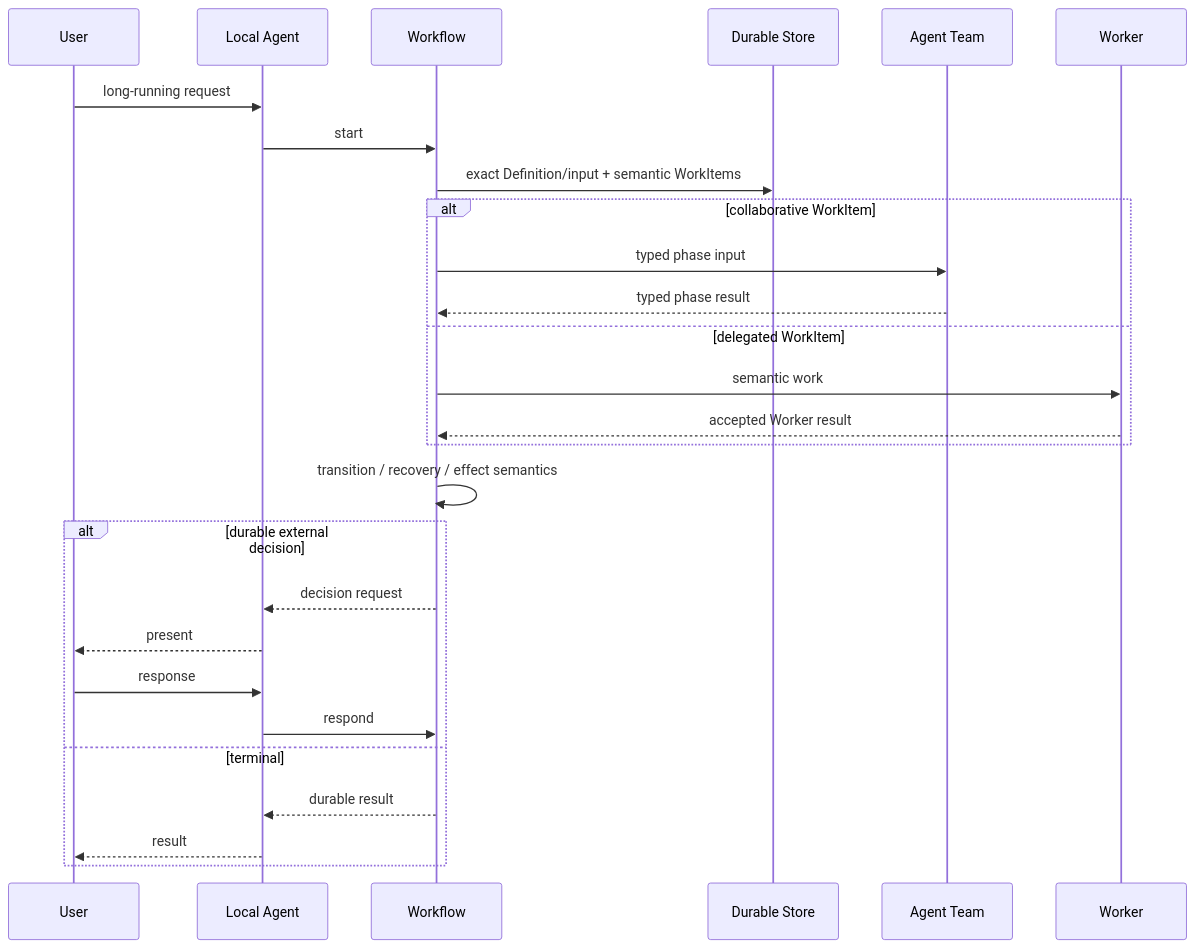
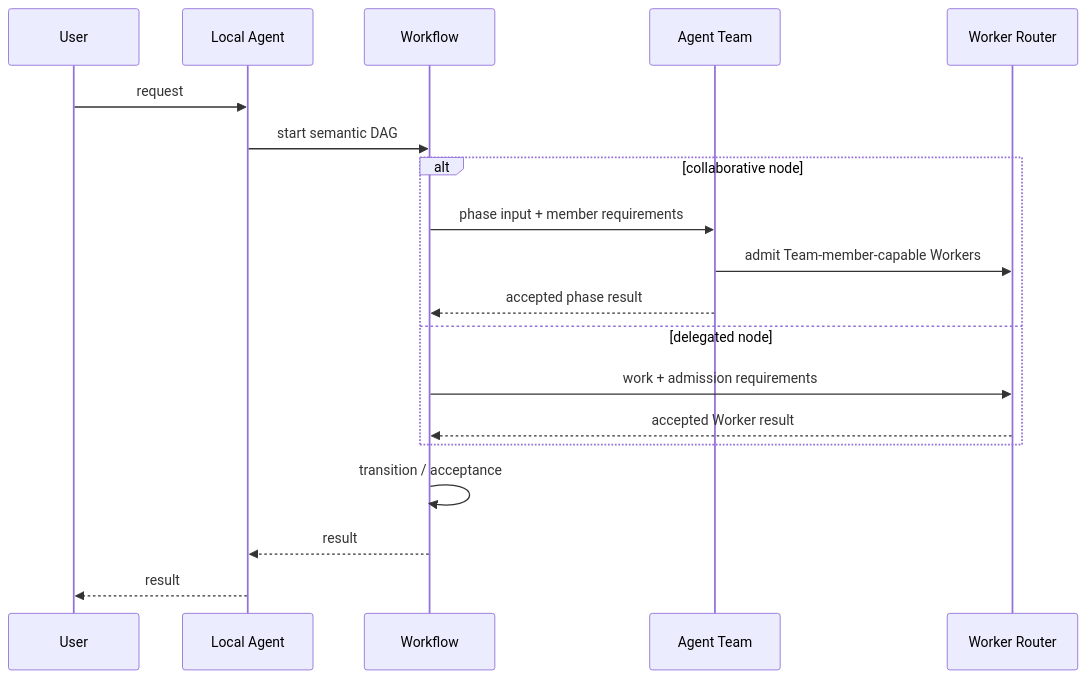
Before and after one commit to tsuuanmi/AgentOS: the sixth of 6 diagrams in docs/architecture/interaction-model.md, drawn with Mermaid. The commit also changed other lines of this file and 41 other files, not shown here.

First line of the commit message:
docs: consolidate Worker-first MVP architecture

```diff
--- a/docs/architecture/interaction-model.md
+++ b/docs/architecture/interaction-model.md
@@ -70,33 +176,24 @@
 ~~~mermaid
 sequenceDiagram
     participant U as User
     participant L as Local Agent
     participant F as Workflow
-    participant S as Durable Store
     participant T as Agent Team
-    participant W as Worker
+    participant R as Worker Router
 
-    U->>L: long-running request
-    L->>F: start
-    F->>S: exact Definition/input + semantic WorkItems
+    U->>L: request
+    L->>F: start semantic DAG
 
-    alt collaborative WorkItem
-        F->>T: typed phase input
-        T-->>F: typed phase result
-    else delegated WorkItem
-        F->>W: semantic work
-        W-->>F: accepted Worker result
+    alt collaborative node
+        F->>T: phase input + member requirements
+        T->>R: admit Team-member-capable Workers
+        T-->>F: accepted phase result
+    else delegated node
+        F->>R: work + admission requirements
+        R-->>F: accepted Worker result
     end
 
-    F->>F: transition / recovery / effect semantics
-
-    alt durable external decision
-        F-->>L: decision request
-        L-->>U: present
-        U->>L: response
-        L->>F: respond
-    else terminal
-        F-->>L: durable result
-        L-->>U: result
-    end
+    F->>F: transition / acceptance
+    F-->>L: result
+    L-->>U: result
 ~~~
```
